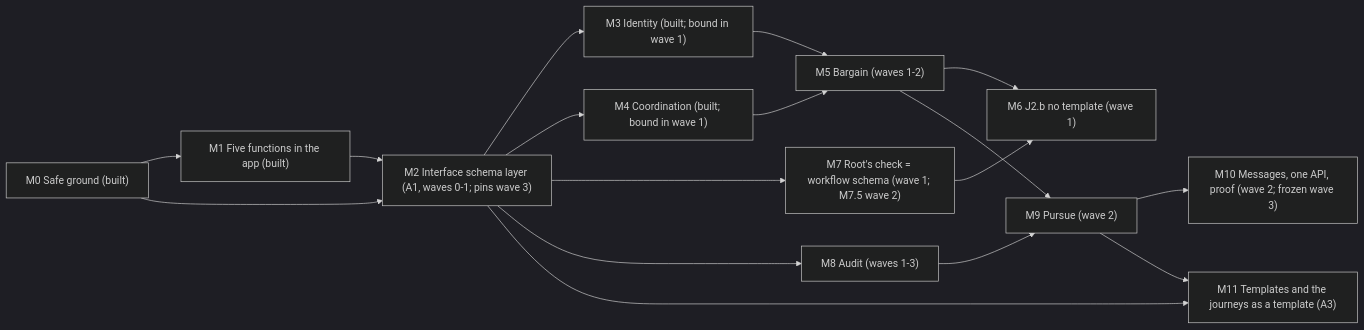
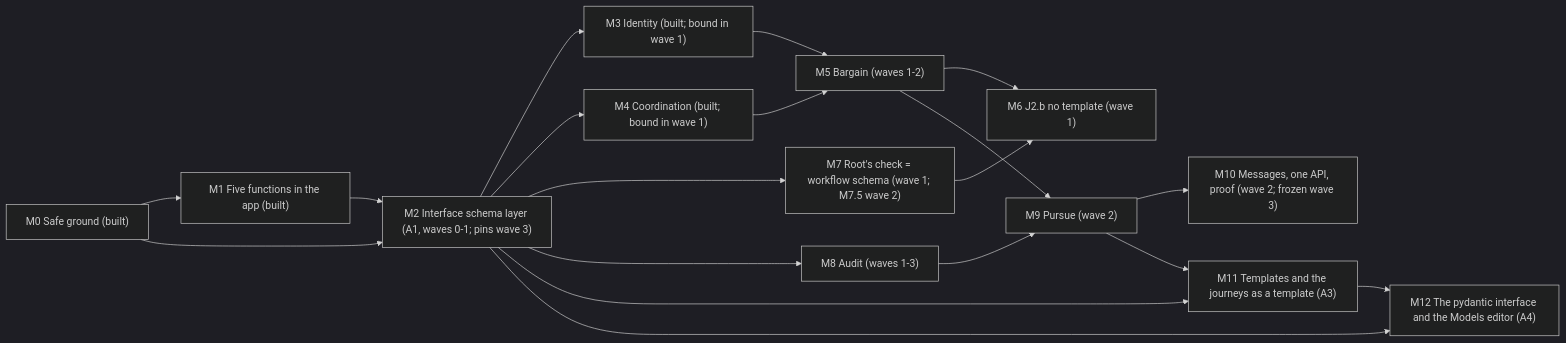
One commit to sankalpasawa/sutra changed the fourth of 4 diagrams in marketplace/plugin/sutra-ui/design/PRD-FIVE-FUNCTIONS.md. Above: the diagram before and after it, drawn with Mermaid (dark theme). The commit also changed other lines of this file and 5 other files, not shown here.

````diff
--- a/marketplace/plugin/sutra-ui/design/PRD-FIVE-FUNCTIONS.md
+++ b/marketplace/plugin/sutra-ui/design/PRD-FIVE-FUNCTIONS.md
@@ -493,19 +502,21 @@
 ```mermaid
 flowchart LR
   M0["M0 Safe ground (built)"] --> M1["M1 Five functions in the app (built)"]
   M0 --> M2["M2 Interface schema layer (A1, waves 0-1; pins wave 3)"]
   M1 --> M2
   M2 --> M3["M3 Identity (built; bound in wave 1)"]
   M2 --> M4["M4 Coordination (built; bound in wave 1)"]
   M2 --> M7["M7 Root's check = workflow schema (wave 1; M7.5 wave 2)"]
   M3 --> M5["M5 Bargain (waves 1-2)"]
   M4 --> M5
   M5 --> M6["M6 J2.b no template (wave 1)"]
   M7 --> M6
   M2 --> M8["M8 Audit (waves 1-3)"]
   M5 --> M9["M9 Pursue (wave 2)"]
   M8 --> M9
   M9 --> M10["M10 Messages, one API, proof (wave 2; frozen wave 3)"]
   M2 --> M11["M11 Templates and the journeys as a template (A3)"]
   M9 --> M11
+  M11 --> M12["M12 The pydantic interface and the Models editor (A4)"]
+  M2 --> M12
 ```
````
